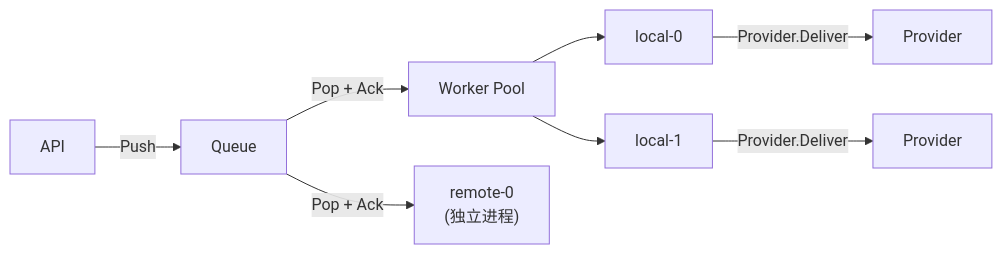
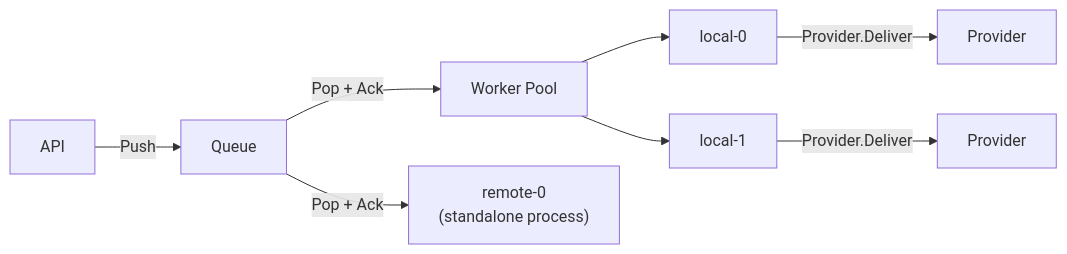
The first of 2 diagrams in docs/architecture/core-design.md (cuihairu/herald), drawn with Mermaid before and after one commit. The commit also changed other lines of this file and 178 other files, not shown here.

````diff
--- a/docs/architecture/core-design.md
+++ b/docs/architecture/core-design.md
@@ -21,10 +19,10 @@
 ```mermaid
 graph LR
     API -->|Push| Queue
     Queue -->|Pop + Ack| WP["Worker Pool"]
     WP --> L0["local-0"]
     WP --> L1["local-1"]
-    Queue -->|Pop + Ack| R0["remote-0<br/>(独立进程)"]
+    Queue -->|Pop + Ack| R0["remote-0<br/>(standalone process)"]
     L0 -->|Provider.Deliver| P1["Provider"]
     L1 -->|Provider.Deliver| P2["Provider"]
 ```
````
